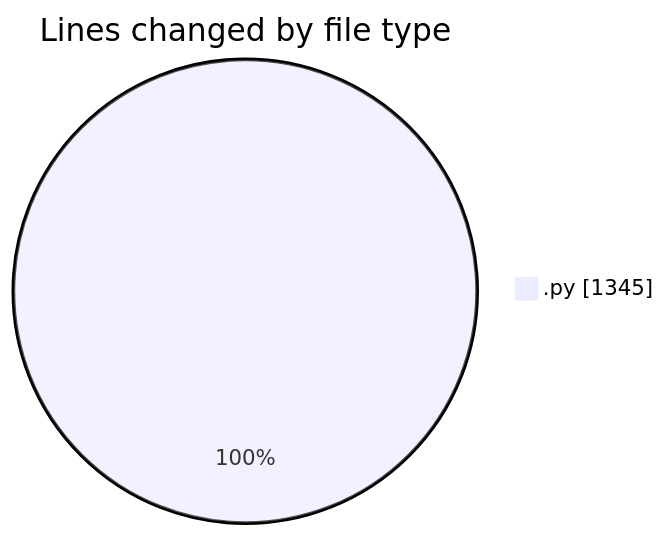
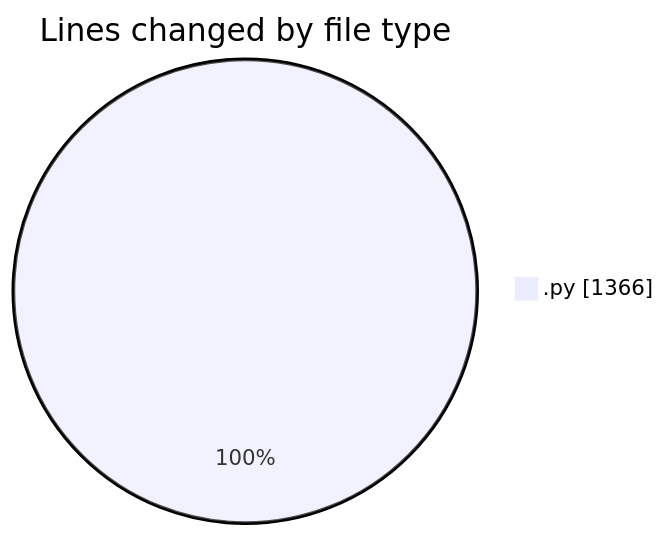
One commit to julien-gomy/code-tracking changed the first of 2 diagrams in 2025-11-23/eventscop-api-guide__workspace_/README.md. Above: the diagram before and after it, drawn with Mermaid. The commit also changed other lines of this file and 1 other file, not shown here.

````diff
--- a/2025-11-23/eventscop-api-guide__workspace_/README.md
+++ b/2025-11-23/eventscop-api-guide__workspace_/README.md
@@ -30,5 +30,5 @@
 ```mermaid
 pie showData
 title Lines changed by file type
-".py" : 1345
+".py" : 1366
 ```
````
